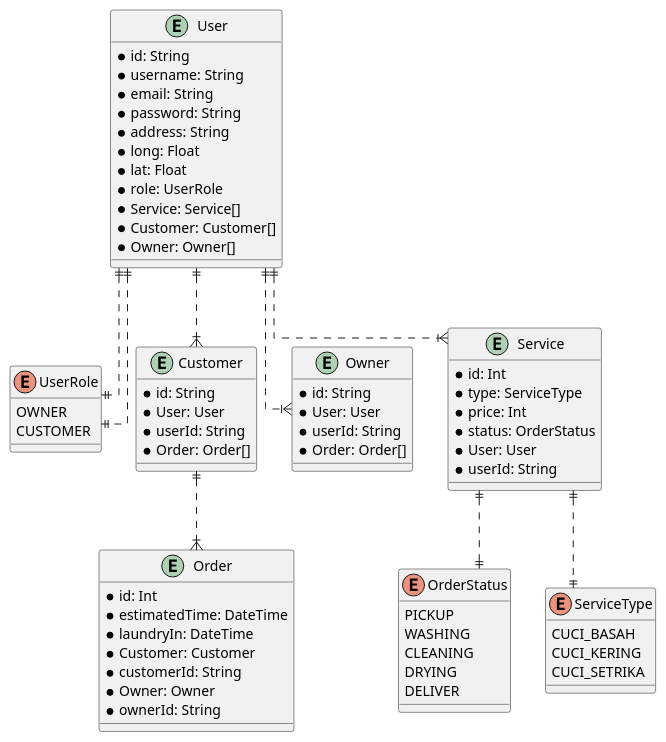
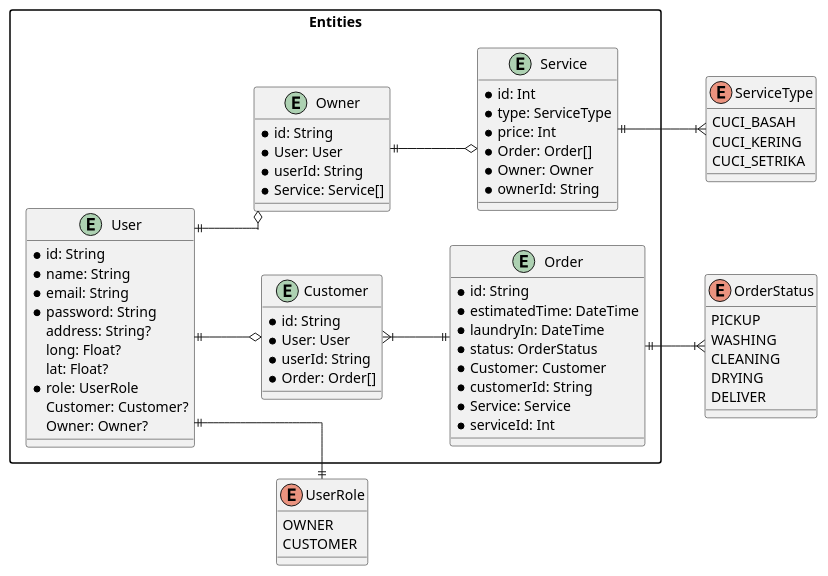
The diagram in uml.plantuml (reynoldputra/laundry-app-backend), drawn with PlantUML before and after one commit. The commit also changed other lines of this file and 6 other files, not shown here.

```diff
--- a/uml.plantuml
+++ b/uml.plantuml
@@ -1,80 +1,84 @@
 @startuml
 
 skinparam linetype ortho
 
 enum OrderStatus {
   PICKUP
   WASHING
   CLEANING
   DRYING
   DELIVER
 }
 
 enum ServiceType {
   CUCI_BASAH
   CUCI_KERING
   CUCI_SETRIKA
 }
 
 enum UserRole {
   OWNER
   CUSTOMER
 }
 
-entity User {
-  * id: String
-  * username: String
-  * email: String
-  * password: String
-  * address: String
-  * long: Float
-  * lat: Float
-  * role: UserRole
-  * Service: Service[]
-  * Customer: Customer[]
-  * Owner: Owner[]
+left to right direction
+skinparam packageStyle rect
+
+package "Entities" {
+  entity User {
+    * id: String
+    * name: String
+    * email: String
+    * password: String
+    address: String?
+    long: Float?
+    lat: Float?
+    * role: UserRole
+    Customer: Customer?
+    Owner: Owner?
+  }
+
+  entity Customer {
+    * id: String
+    * User: User
+    * userId: String
+    * Order: Order[]
+  }
+
+  entity Owner {
+    * id: String
+    * User: User
+    * userId: String
+    * Service: Service[]
+  }
+
+  entity Service {
+    * id: Int
+    * type: ServiceType
+    * price: Int
+    * Order: Order[]
+    * Owner: Owner
+    * ownerId: String
+  }
+
+  entity Order {
+    * id: String
+    * estimatedTime: DateTime
+    * laundryIn: DateTime
+    * status: OrderStatus
+    * Customer: Customer
+    * customerId: String
+    * Service: Service
+    * serviceId: Int
+  }
+
+  User ||--o Customer
+  User ||--o Owner
+  Owner ||--o Service
+  Customer }|--|| Order
+  Order ||--|{ OrderStatus
+  Service ||--|{ ServiceType
+  User ||--|| UserRole
 }
 
-entity Customer {
-  * id: String
-  * User: User
-  * userId: String
-  * Order: Order[]
-}
-
-entity Owner {
-  * id: String
-  * User: User
-  * userId: String
-  * Order: Order[]
-}
-
-entity Service {
-  * id: Int
-  * type: ServiceType
-  * price: Int
-  * status: OrderStatus
-  * User: User
-  * userId: String
-}
-
-entity Order {
-  * id: Int
-  * estimatedTime: DateTime
-  * laundryIn: DateTime
-  * Customer: Customer
-  * customerId: String
-  * Owner: Owner
-  * ownerId: String
-}
-
-User ||..|| UserRole
-User ||..|{ Customer
-User ||..|{ Owner
-User ||..|{ Service
-Customer ||..|{ Order
-Service ||..|| OrderStatus
-Service ||..|| ServiceType
-User ||..|| UserRole
-
 @enduml
```
